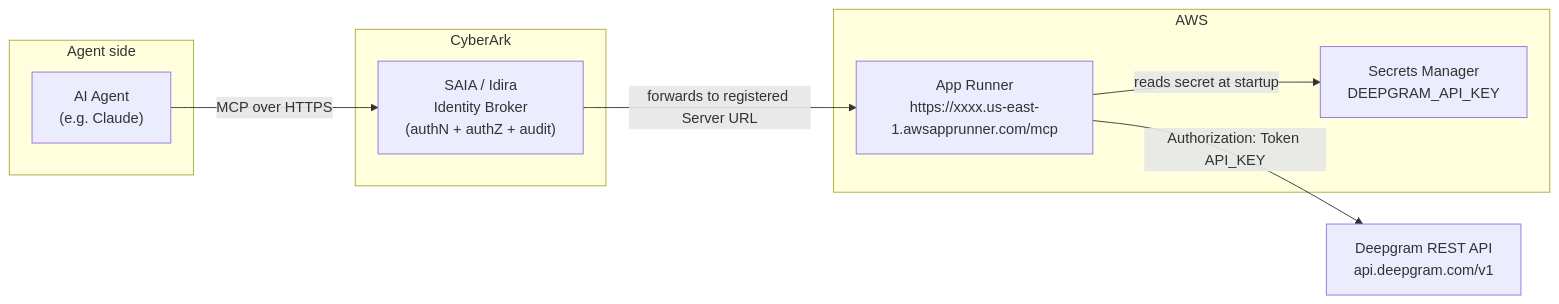
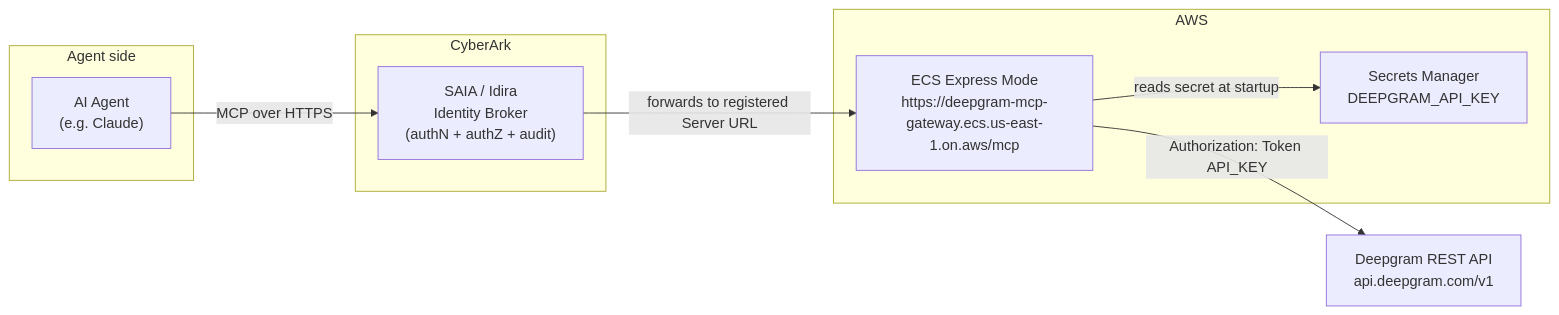
One commit to ChadPapineau/deepgram-mcp-gateway changed the diagram in README.md. Above: the diagram before and after it, drawn with Mermaid. The commit also changed other lines of this file and 3 other files, not shown here.

First line of the commit message:
feat: switch from App Runner to ECS Express Mode (App Runner EOL)

````diff
--- a/README.md
+++ b/README.md
@@ -79,19 +79,19 @@
 ```mermaid
 flowchart LR
     subgraph Agent side
       A["AI Agent\n(e.g. Claude)"]
     end
     subgraph CyberArk
       B["SAIA / Idira\nIdentity Broker\n(authN + authZ + audit)"]
     end
     subgraph AWS
-      R["App Runner\nhttps://xxxx.us-east-1.awsapprunner.com/mcp"]
+      E["ECS Express Mode\nhttps://deepgram-mcp-gateway.ecs.us-east-1.on.aws/mcp"]
       SM["Secrets Manager\nDEEPGRAM_API_KEY"]
     end
     D["Deepgram REST API\napi.deepgram.com/v1"]
 
     A -->|MCP over HTTPS| B
-    B -->|forwards to registered Server URL| R
-    R -->|reads secret at startup| SM
-    R -->|Authorization: Token API_KEY| D
+    B -->|forwards to registered Server URL| E
+    E -->|reads secret at startup| SM
+    E -->|Authorization: Token API_KEY| D
 ```
````
